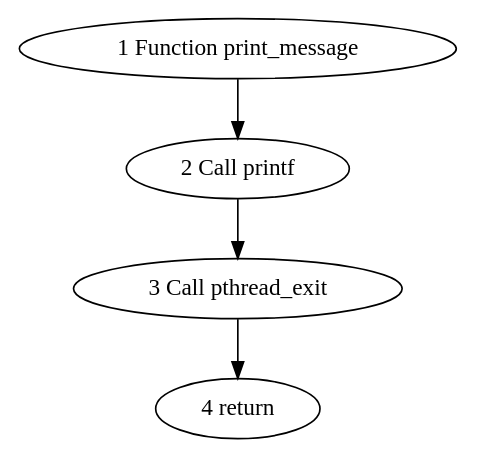
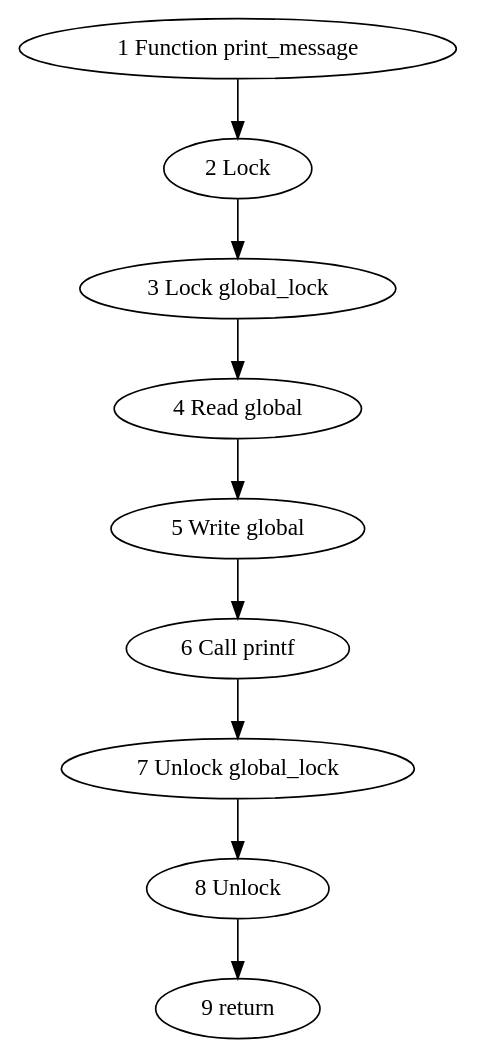
The diagram in build/graph_1.dot (JudeHill/EraserStatic), drawn with Graphviz before and after one commit. The commit also changed 18 other files, not shown here.

```diff
--- a/build/graph_1.dot
+++ b/build/graph_1.dot
@@ -1,9 +1,19 @@
 digraph G {
-  gfsgbyokkr [label="1 Function print_message"];
-  wvsgbyokkr [label="2 Call printf"];
-  kbtgbyokkr [label="3 Call pthread_exit"];
-  kjpgbyokkr [label="4 return"];
-  gfsgbyokkr -> wvsgbyokkr;
-  wvsgbyokkr -> kbtgbyokkr;
-  kbtgbyokkr -> kjpgbyokkr;
+  aiacqcbtir [label="1 Function print_message"];
+  wracqcbtir [label="2 Lock "];
+  ewacqcbtir [label="3 Lock global_lock"];
+  ghbcqcbtir [label="4 Read global"];
+  eebcqcbtir [label="5 Write global"];
+  olbcqcbtir [label="6 Call printf"];
+  isbcqcbtir [label="7 Unlock global_lock"];
+  iaccqcbtir [label="8 Unlock "];
+  kxwbqcbtir [label="9 return"];
+  aiacqcbtir -> wracqcbtir;
+  wracqcbtir -> ewacqcbtir;
+  ewacqcbtir -> ghbcqcbtir;
+  ghbcqcbtir -> eebcqcbtir;
+  eebcqcbtir -> olbcqcbtir;
+  olbcqcbtir -> isbcqcbtir;
+  isbcqcbtir -> iaccqcbtir;
+  iaccqcbtir -> kxwbqcbtir;
 }
```
